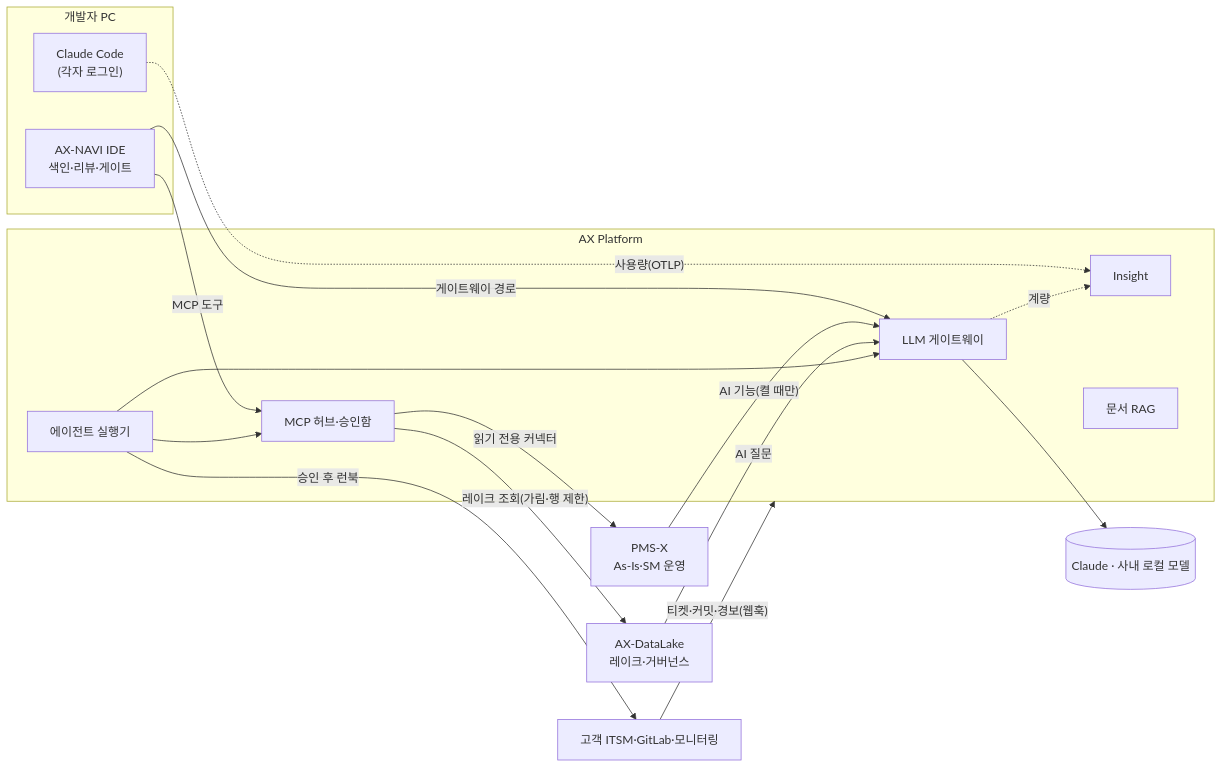
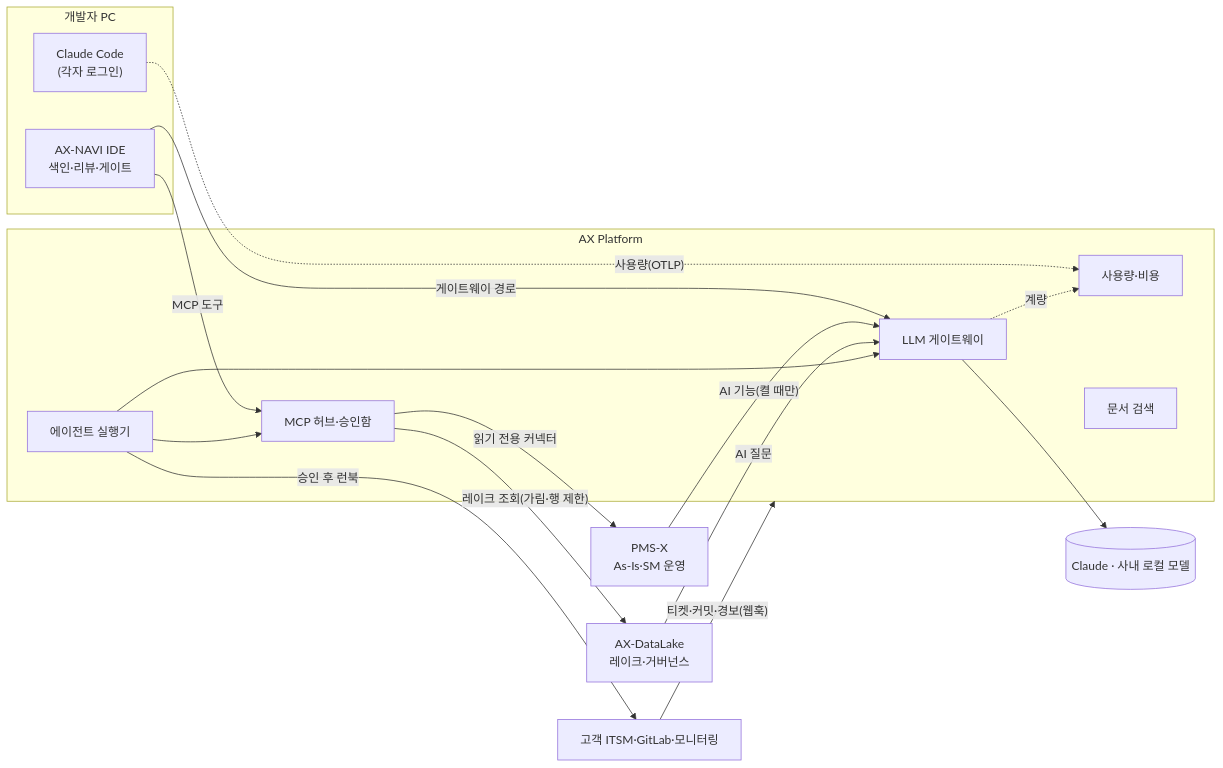
Before and after one commit to Malburi/hnix-ax-site: the diagram in README.md, drawn with Mermaid. The commit also changed other lines of this file and 45 other files, not shown here.

````diff
--- a/README.md
+++ b/README.md
@@ -65,31 +65,31 @@
 ```mermaid
 flowchart LR
     subgraph DEV["개발자 PC"]
         NAVI["AX-NAVI IDE<br/>색인·리뷰·게이트"]
         CC["Claude Code<br/>(각자 로그인)"]
     end
     subgraph PLAT["AX Platform"]
         GW["LLM 게이트웨이"]
         HUB["MCP 허브·승인함"]
-        INS["Insight"]
-        RAG["문서 RAG"]
+        INS["사용량·비용"]
+        RAG["문서 검색"]
         RUN["에이전트 실행기"]
     end
     PMSX["PMS-X<br/>As-Is·SM 운영"]
     LAKE["AX-DataLake<br/>레이크·거버넌스"]
     LLM[("Claude · 사내 로컬 모델")]
     EXT["고객 ITSM·GitLab·모니터링"]
     NAVI -- "게이트웨이 경로" --> GW
     NAVI -- "MCP 도구" --> HUB
     CC -. "사용량(OTLP)" .-> INS
     PMSX -- "AI 기능(켤 때만)" --> GW
     HUB -- "읽기 전용 커넥터" --> PMSX
     HUB -- "레이크 조회(가림·행 제한)" --> LAKE
     LAKE -- "AI 질문" --> GW
     RUN --> GW
     RUN --> HUB
     GW --> LLM
     GW -. "계량" .-> INS
     EXT -- "티켓·커밋·경보(웹훅)" --> PLAT
     RUN -- "승인 후 런북" --> EXT
 ```
````
